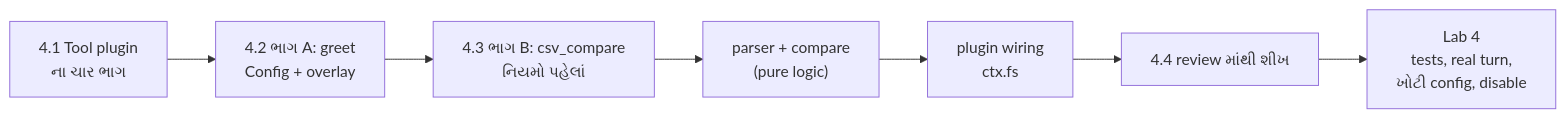
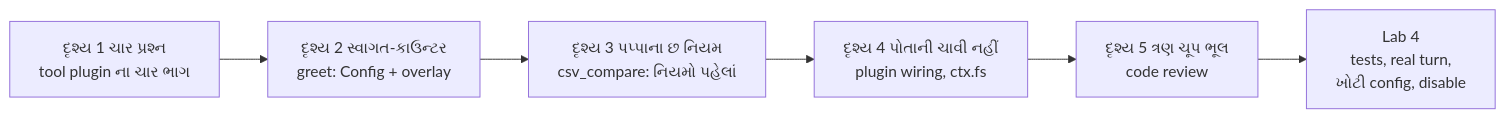
Before and after one commit to vrajkher/DeepSeekHarnessBookNEW: the first of 2 diagrams in book/04-potano-plugin.md, drawn with Mermaid. The commit also changed other lines of this file and 15 other files, not shown here.

````diff
--- a/book/04-potano-plugin.md
+++ b/book/04-potano-plugin.md
@@ -32,9 +32,8 @@
 ```mermaid
 flowchart LR
-  A["4.1 Tool plugin<br/>ના ચાર ભાગ"] --> B["4.2 ભાગ A: greet<br/>Config + overlay"]
-  B --> C["4.3 ભાગ B: csv_compare<br/>નિયમો પહેલાં"]
-  C --> D["parser + compare<br/>(pure logic)"]
-  D --> E["plugin wiring<br/>ctx.fs"]
-  E --> F["4.4 review માંથી શીખ"]
-  F --> G["Lab 4<br/>tests, real turn,<br/>ખોટી config, disable"]
+  A["દૃશ્ય 1 ચાર પ્રશ્ન<br/>tool plugin ના ચાર ભાગ"] --> B["દૃશ્ય 2 સ્વાગત-કાઉન્ટર<br/>greet: Config + overlay"]
+  B --> C["દૃશ્ય 3 પપ્પાના છ નિયમ<br/>csv_compare: નિયમો પહેલાં"]
+  C --> D["દૃશ્ય 4 પોતાની ચાવી નહીં<br/>plugin wiring, ctx.fs"]
+  D --> E["દૃશ્ય 5 ત્રણ ચૂપ ભૂલ<br/>code review"]
+  E --> F["Lab 4<br/>tests, real turn,<br/>ખોટી config, disable"]
 ```
````
